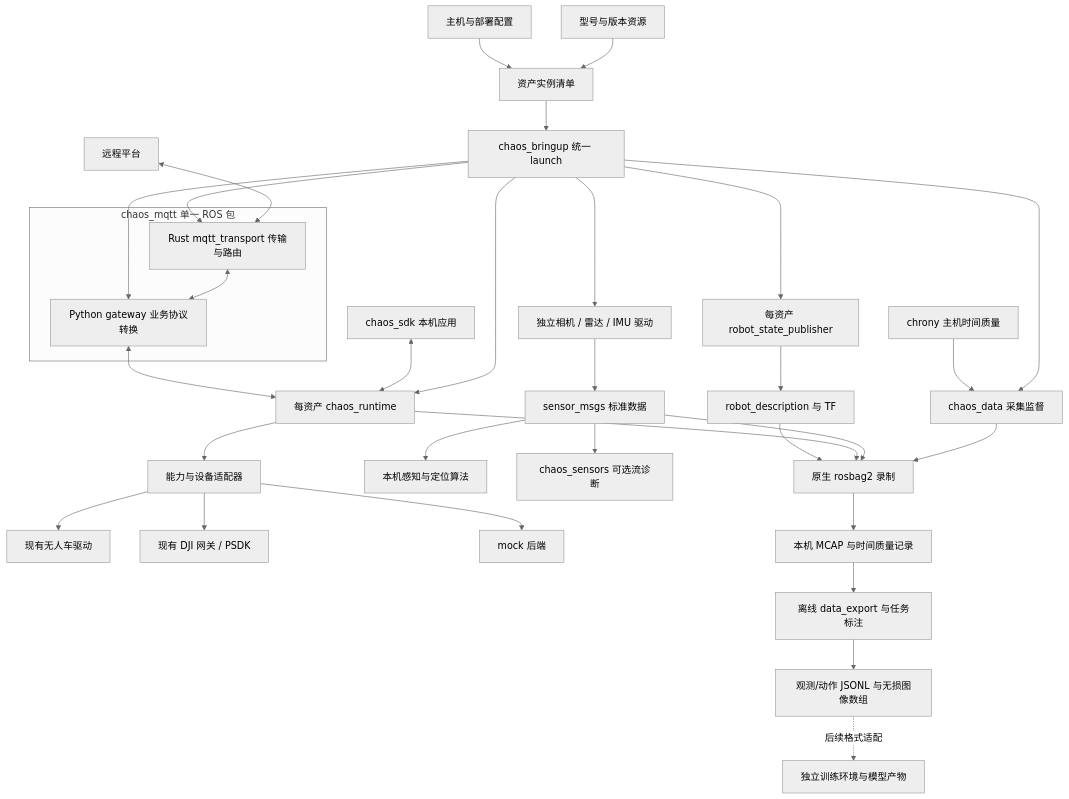
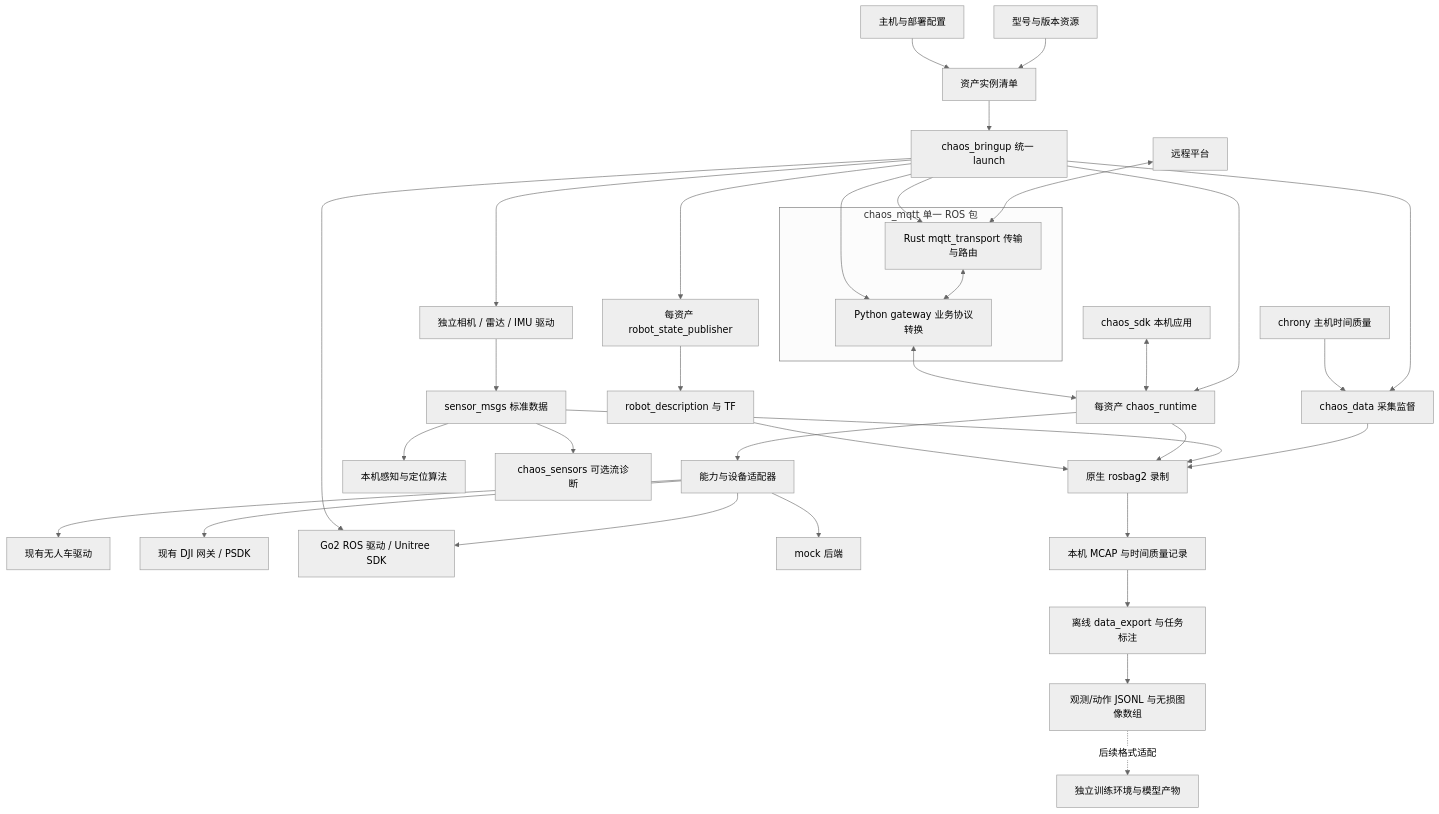
One commit to ChaosOrderAI/chaos_ros_adaptation changed the diagram in docs/architecture.md. Above: the diagram before and after it, drawn with Mermaid (neutral theme). The commit also changed other lines of this file and 25 other files, not shown here.

````diff
--- a/docs/architecture.md
+++ b/docs/architecture.md
@@ -13,37 +13,39 @@
 ```mermaid
 flowchart TB
     M[型号与版本资源] --> A[资产实例清单]
     H[主机与部署配置] --> A
     A --> L[chaos_bringup 统一 launch]
     L --> R[每资产 chaos_runtime]
     S[chaos_sdk 本机应用] <--> R
     subgraph MQTT[chaos_mqtt 单一 ROS 包]
         T[Rust mqtt_transport 传输与路由]
         G[Python gateway 业务协议转换]
         T <--> G
     end
     P[远程平台] <--> T
     L --> T
     L --> G
     G <--> R
     R --> B[能力与设备适配器]
     B --> V[现有无人车驱动]
     B --> D[现有 DJI 网关 / PSDK]
+    B --> G2[Go2 ROS 驱动 / Unitree SDK]
+    L --> G2
     B --> K[mock 后端]
     L --> C[独立相机 / 雷达 / IMU 驱动]
     C --> I[sensor_msgs 标准数据]
     I --> Q[本机感知与定位算法]
     I --> O[chaos_sensors 可选流诊断]
     L --> U[每资产 robot_state_publisher]
     U --> F[robot_description 与 TF]
     L --> E[chaos_data 采集监督]
     N[chrony 主机时间质量] --> E
     E --> W[原生 rosbag2 录制]
     I --> W
     R --> W
     F --> W
     W --> Z[本机 MCAP 与时间质量记录]
     Z --> E1[离线 data_export 与任务标注]
     E1 --> E2[观测/动作 JSONL 与无损图像数组]
     E2 -.后续格式适配.-> E3[独立训练环境与模型产物]
 ```
````
